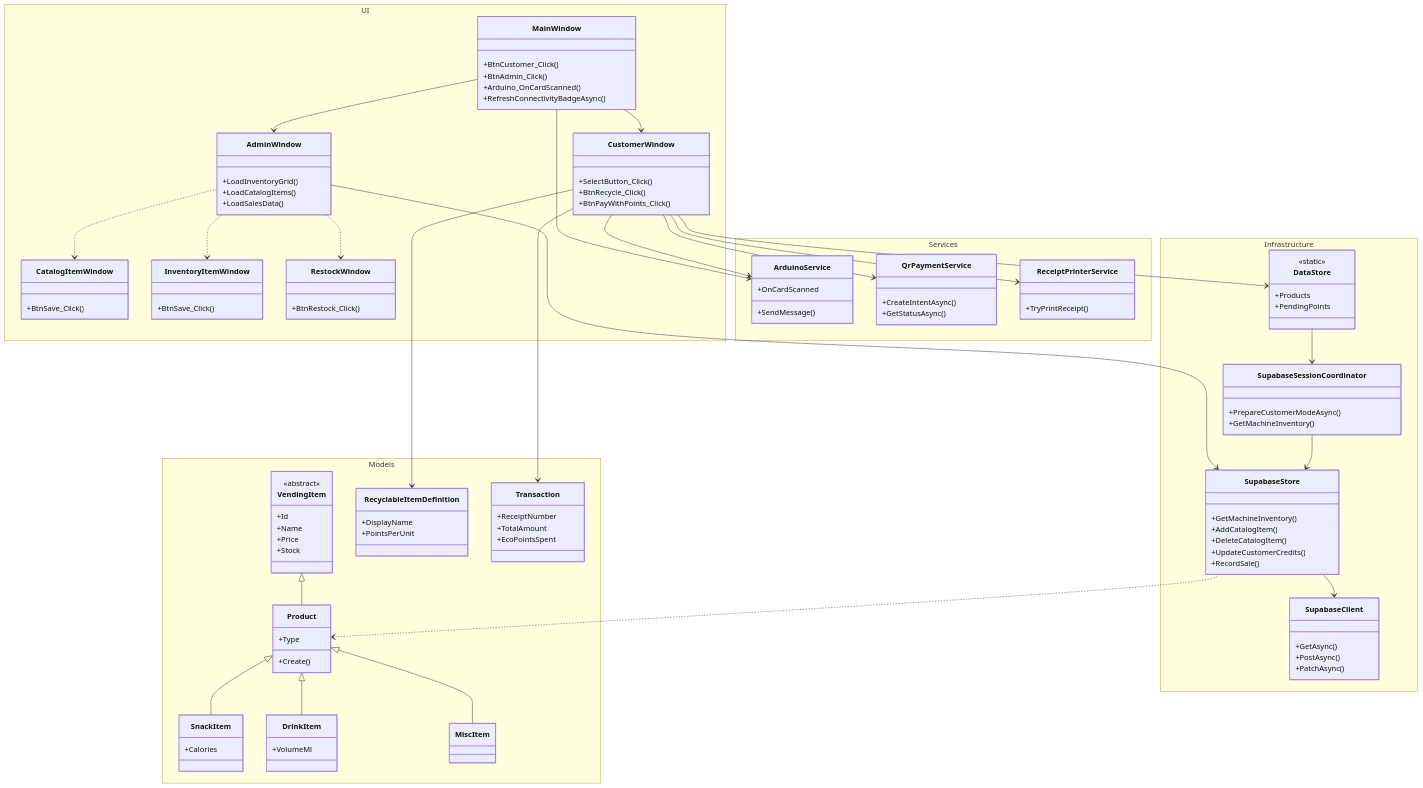
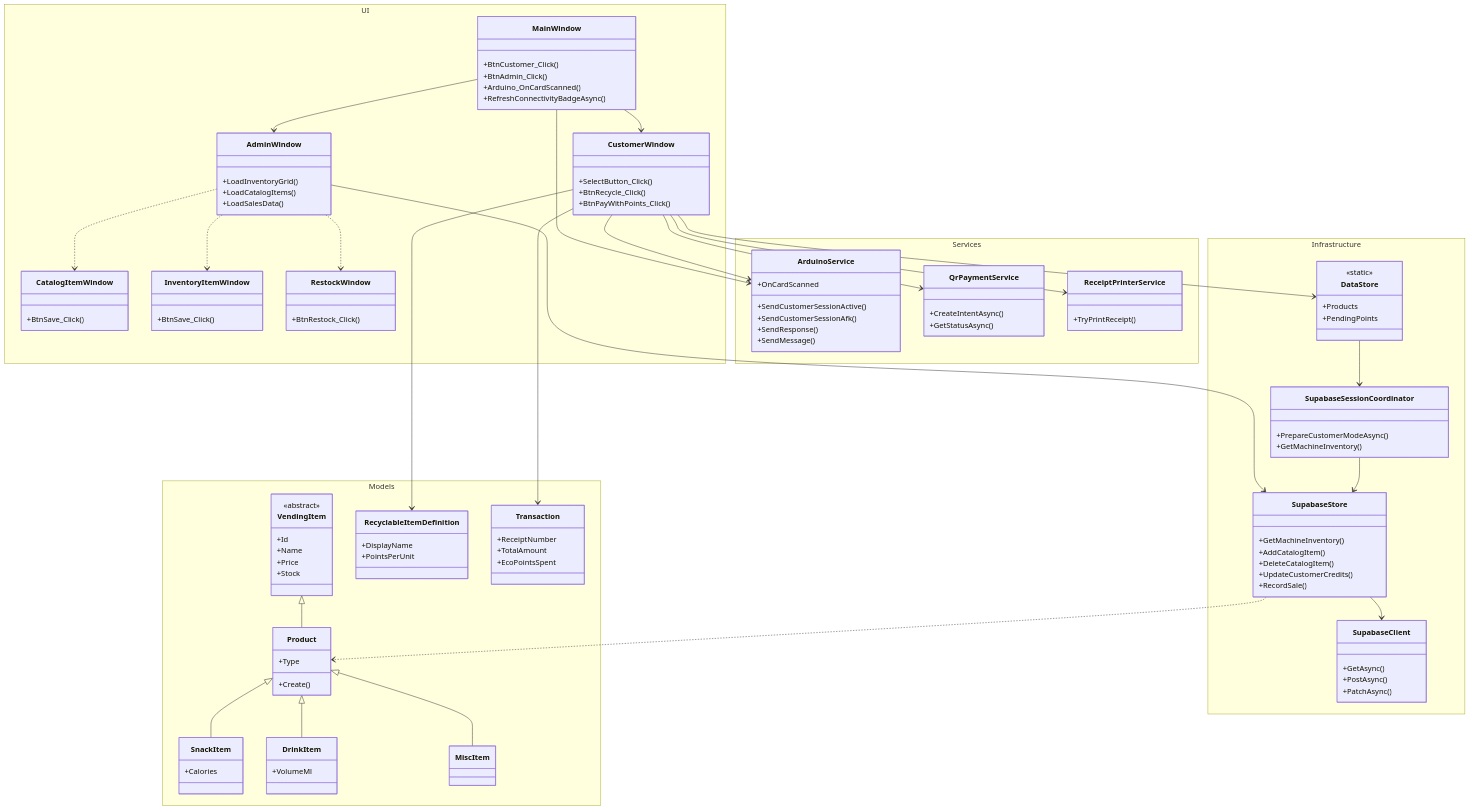
The diagram in docs/diagrams/SIMPLIFIED_CLASS_DIAGRAM.md (SeanixReal/Eco-Matic-WPF-Supabase), drawn with Mermaid before and after one commit. The commit also changed other lines of this file and 6 other files, not shown here.

```diff
--- a/docs/diagrams/SIMPLIFIED_CLASS_DIAGRAM.md
+++ b/docs/diagrams/SIMPLIFIED_CLASS_DIAGRAM.md
@@ -76,6 +76,9 @@
     namespace Services {
         class ArduinoService {
             +OnCardScanned
+            +SendCustomerSessionActive()
+            +SendCustomerSessionAfk()
+            +SendResponse()
             +SendMessage()
         }
 
```
